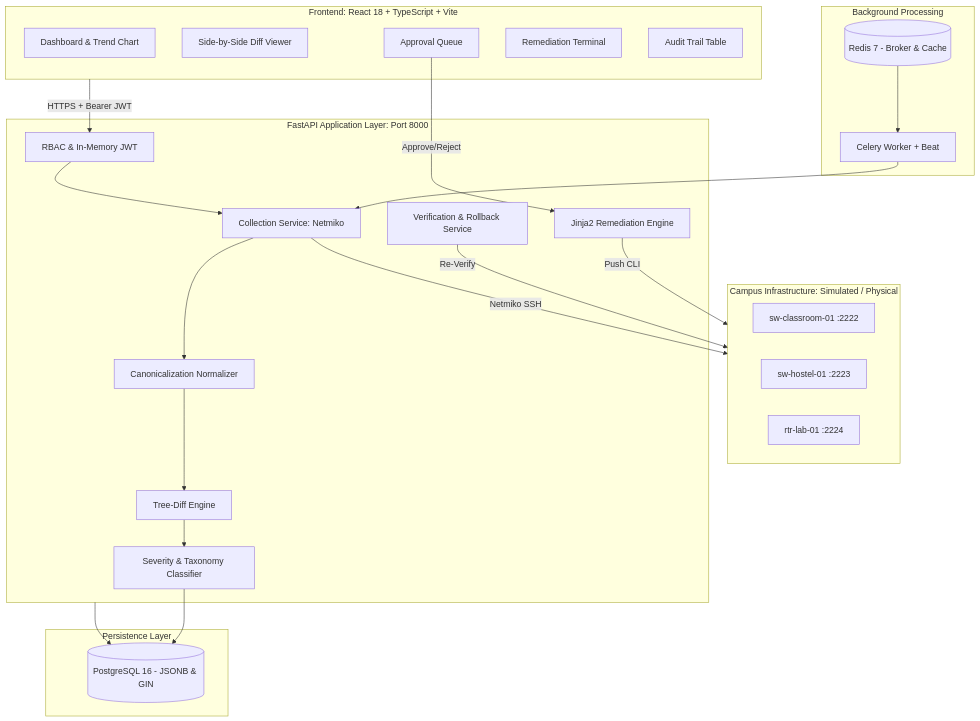
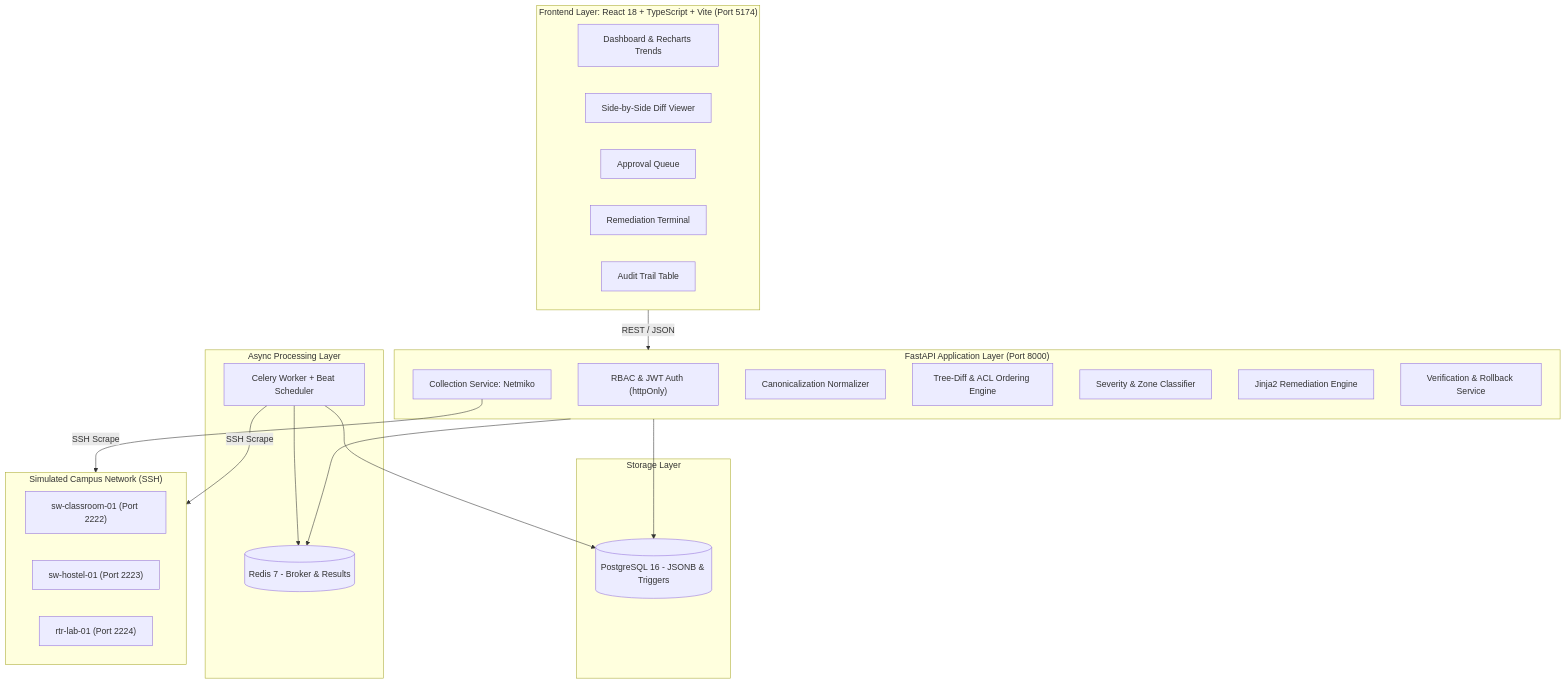
Before and after one commit to NitikasriJeyanAchary0109/campus-drift: the diagram in README.md, drawn with Mermaid. The commit also changed other lines of this file and 2 other files, not shown here.

Commit message:
docs: overhaul README with architecture, feature screenshots, quickstart, and add LICENSE and CONTRIBUTING guides

````diff
--- a/README.md
+++ b/README.md
@@ -96,49 +106,43 @@
 ```mermaid
 flowchart TD
-    subgraph UI["Frontend: React 18 + TypeScript + Vite"]
-        DASH["Dashboard & Trend Chart"]
+    subgraph UI["Frontend Layer: React 18 + TypeScript + Vite (Port 5174)"]
+        DASH["Dashboard & Recharts Trends"]
         DIFF_UI["Side-by-Side Diff Viewer"]
         APP_UI["Approval Queue"]
         REM_UI["Remediation Terminal"]
         AUD_UI["Audit Trail Table"]
     end
 
-    subgraph API["FastAPI Application Layer: Port 8000"]
-        AUTH["RBAC & In-Memory JWT"]
+    subgraph API["FastAPI Application Layer (Port 8000)"]
+        AUTH["RBAC & JWT Auth (httpOnly)"]
         COLL_SVC["Collection Service: Netmiko"]
         NORM_SVC["Canonicalization Normalizer"]
-        DRIFT_ENG["Tree-Diff Engine"]
-        RISK_ENG["Severity & Taxonomy Classifier"]
+        DRIFT_ENG["Tree-Diff & ACL Ordering Engine"]
+        RISK_ENG["Severity & Zone Classifier"]
         REM_ENG["Jinja2 Remediation Engine"]
         VER_SVC["Verification & Rollback Service"]
     end
 
-    subgraph ASYNC["Background Processing"]
-        CELERY["Celery Worker + Beat"]
-        REDIS[("Redis 7 - Broker & Cache")]
+    subgraph ASYNC["Async Processing Layer"]
+        CELERY["Celery Worker + Beat Scheduler"]
+        REDIS[("Redis 7 - Broker & Results")]
     end
 
-    subgraph STORAGE["Persistence Layer"]
-        PG[("PostgreSQL 16 - JSONB & GIN")]
+    subgraph DB["Storage Layer"]
+        POSTGRES[("PostgreSQL 16 - JSONB & Triggers")]
     end
 
-    subgraph NET["Campus Infrastructure: Simulated / Physical"]
-        SIM_C["sw-classroom-01 :2222"]
-        SIM_H["sw-hostel-01 :2223"]
-        SIM_L["rtr-lab-01 :2224"]
+    subgraph EMULATORS["Simulated Campus Network (SSH)"]
+        DEV1["sw-classroom-01 (Port 2222)"]
+        DEV2["sw-hostel-01 (Port 2223)"]
+        DEV3["rtr-lab-01 (Port 2224)"]
     end
 
-    UI -->|HTTPS + Bearer JWT| AUTH
-    AUTH --> COLL_SVC
-    COLL_SVC -->|Netmiko SSH| NET
-    COLL_SVC --> NORM_SVC
-    NORM_SVC --> DRIFT_ENG
-    DRIFT_ENG --> RISK_ENG
-    RISK_ENG --> PG
-    CELERY --> COLL_SVC
-    REDIS --> CELERY
-    APP_UI -->|Approve/Reject| REM_ENG
-    REM_ENG -->|Push CLI| NET
-    VER_SVC -->|Re-Verify| NET
-    API --> PG
+    UI -->|REST / JSON| API
+    API --> POSTGRES
+    API --> REDIS
+    CELERY --> REDIS
+    CELERY --> POSTGRES
+    CELERY -->|SSH Scrape| EMULATORS
+    COLL_SVC -->|SSH Scrape| EMULATORS
 ```
````
